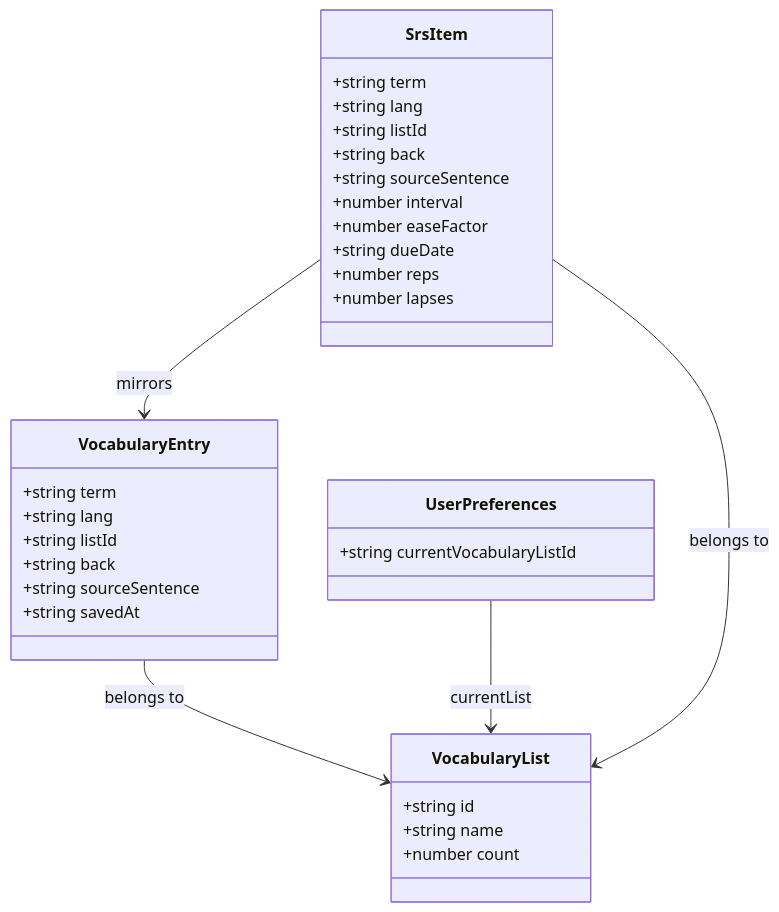
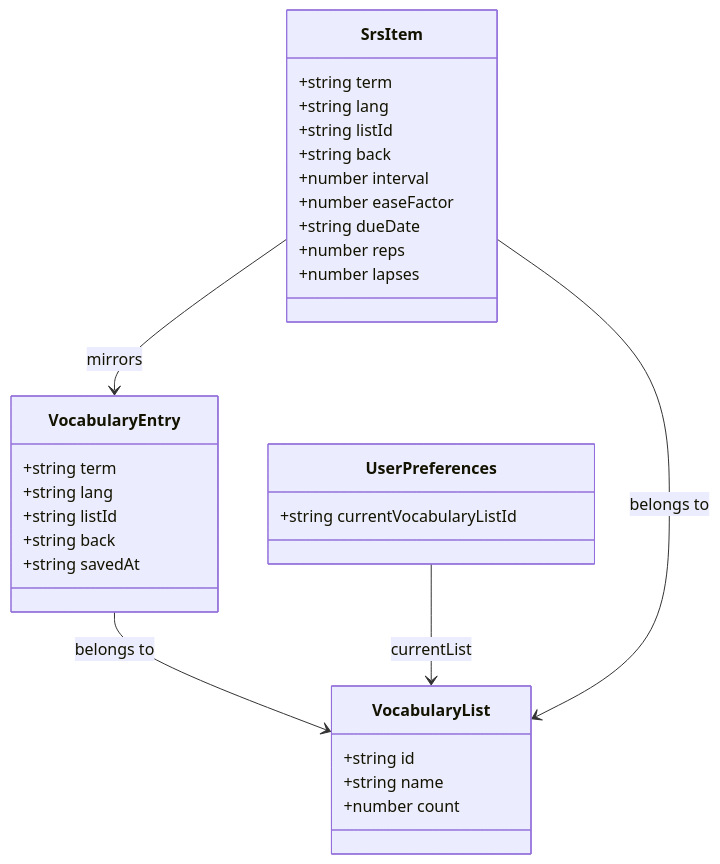
Diagram 17 of 18 in apps/web/ARCHITECTURE.md (remarcmij/taalwiz-mono), drawn with Mermaid before and after one commit. The commit also changed other lines of this file and 14 other files, not shown here.

First line of the commit message:
refactor: remove source-sentence capture and flashcard word-tap

````diff
--- a/apps/web/ARCHITECTURE.md
+++ b/apps/web/ARCHITECTURE.md
@@ -644,39 +643,37 @@
 ```mermaid
 classDiagram
     class VocabularyList {
         +string id
         +string name
         +number count
     }
 
     class VocabularyEntry {
         +string term
         +string lang
         +string listId
         +string back
-        +string sourceSentence
         +string savedAt
     }
 
     class UserPreferences {
         +string currentVocabularyListId
     }
 
     class SrsItem {
         +string term
         +string lang
         +string listId
         +string back
-        +string sourceSentence
         +number interval
         +number easeFactor
         +string dueDate
         +number reps
         +number lapses
     }
 
     VocabularyEntry --> VocabularyList : belongs to
     UserPreferences --> VocabularyList : currentList
     SrsItem --> VocabularyList : belongs to
     SrsItem --> VocabularyEntry : mirrors
 ```
````
